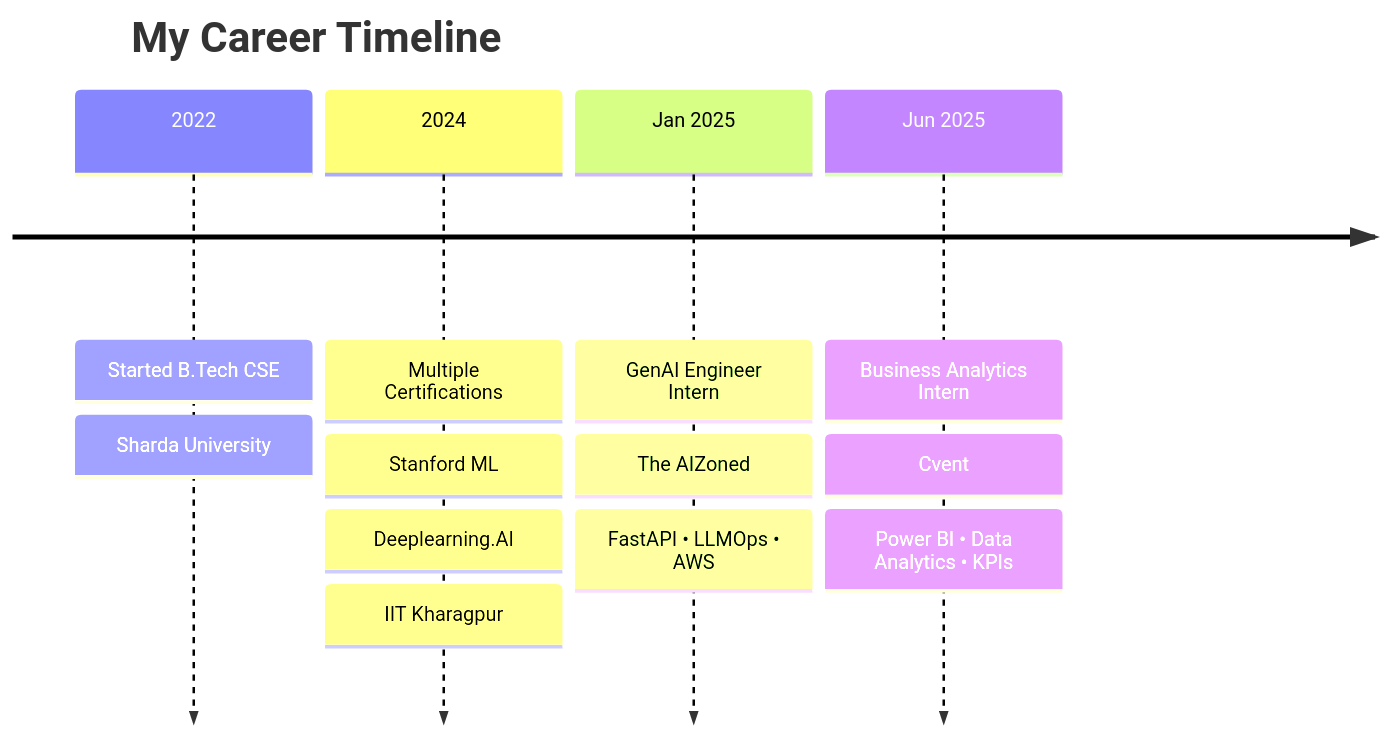
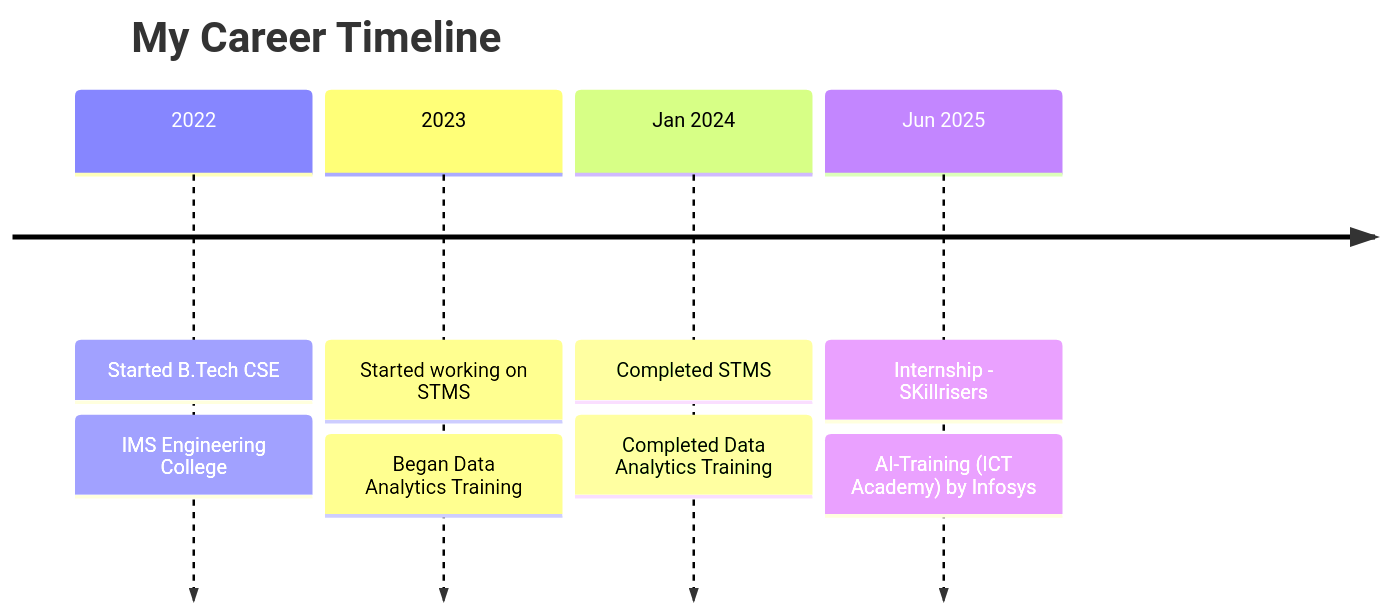
Before and after one commit to ojas-03/Ojas-Gupta: the diagram in README.md, drawn with Mermaid. The commit also changed other lines of this file, not shown here.

````diff
--- a/README.md
+++ b/README.md
@@ -128,20 +128,16 @@
 ```mermaid
 timeline
     title My Career Timeline
     
     2022 : Started B.Tech CSE
-         : Sharda University
+         : IMS Engineering College
     
-    2024 : Multiple Certifications
-         : Stanford ML
-         : Deeplearning.AI
-         : IIT Kharagpur
+    2023 : Started working on STMS
+         : Began Data Analytics Training
     
-    Jan 2025 : GenAI Engineer Intern
-             : The AIZoned
-             : FastAPI • LLMOps • AWS
-    
-    Jun 2025 : Business Analytics Intern
-             : Cvent
-             : Power BI • Data Analytics • KPIs
+    Jan 2024 : Completed STMS
+             : Completed Data Analytics Training
+            
+    Jun 2025 : Internship - SKillrisers
+             : AI-Training (ICT Academy) by Infosys
 ```
````
